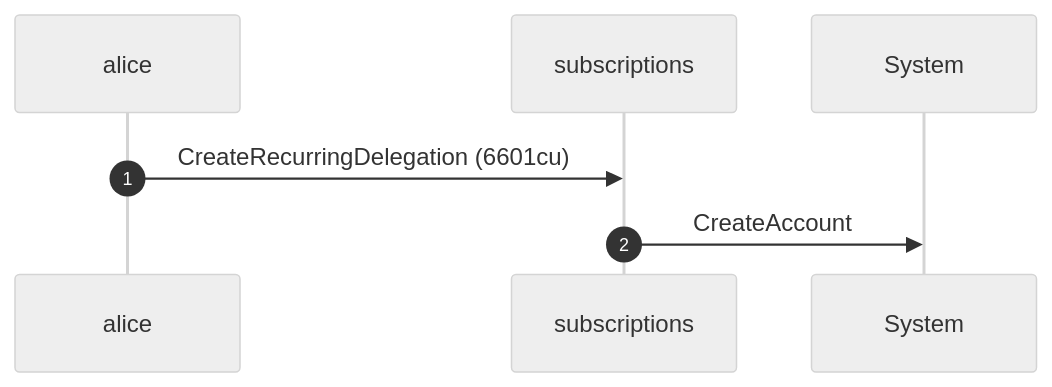
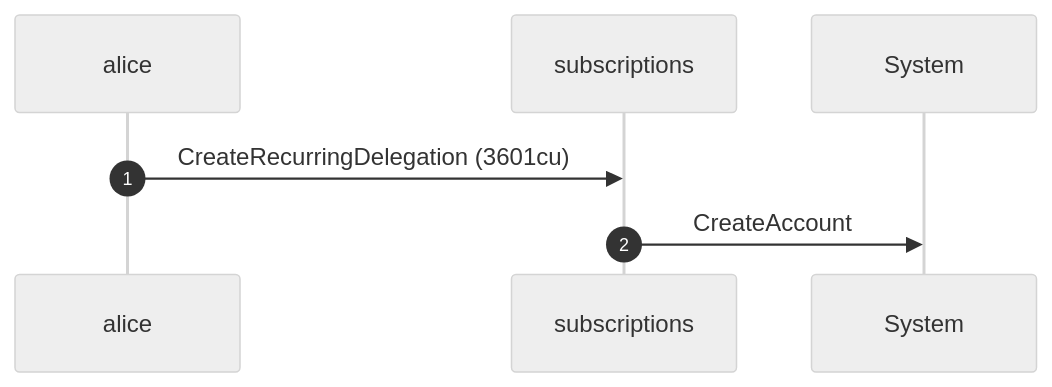
Before and after one commit to cds-rs/subscriptions: the fifth of 8 diagrams in dsl_tests/a-sponsor-cannot-revoke-a-non-expired-recurring-delegation.md, drawn with Mermaid (neutral theme). The commit also changed other lines of this file and 224 other files, not shown here.

````diff
--- a/dsl_tests/a-sponsor-cannot-revoke-a-non-expired-recurring-delegation.md
+++ b/dsl_tests/a-sponsor-cannot-revoke-a-non-expired-recurring-delegation.md
@@ -105,9 +111,9 @@
 ```mermaid
 sequenceDiagram
     autonumber
     participant alice
     participant subscriptions
     participant System
-    alice ->> subscriptions: CreateRecurringDelegation (6601cu)
+    alice ->> subscriptions: CreateRecurringDelegation (3601cu)
     subscriptions ->> System: CreateAccount
 ```
````
